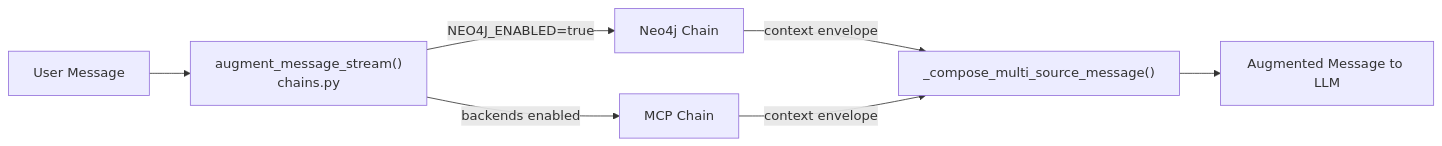
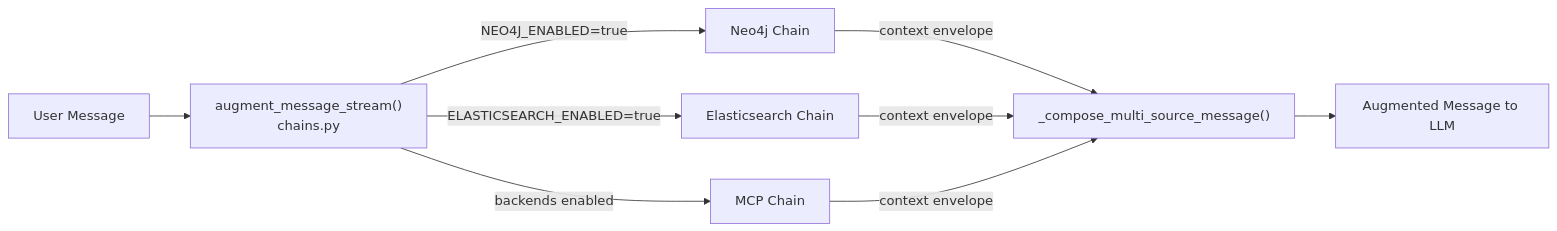
The third of 8 diagrams in docs/design/ai_agent_design_workflow.md (shuvabrata/ai-tech-lead), drawn with Mermaid before and after one commit. The commit also changed other lines of this file and 11 other files, not shown here.

````diff
--- a/docs/design/ai_agent_design_workflow.md
+++ b/docs/design/ai_agent_design_workflow.md
@@ -86,9 +92,11 @@
 ```mermaid
 graph LR
     Input["User Message"] --> Orchestrator["augment_message_stream()<br/>chains.py"]
     Orchestrator -->|"NEO4J_ENABLED=true"| NChain["Neo4j Chain"]
+    Orchestrator -->|"ELASTICSEARCH_ENABLED=true"| ESChain["Elasticsearch Chain"]
     Orchestrator -->|"backends enabled"| MChain["MCP Chain"]
     NChain -->|"context envelope"| Compose["_compose_multi_source_message()"]
+    ESChain -->|"context envelope"| Compose
     MChain -->|"context envelope"| Compose
     Compose --> Output["Augmented Message to LLM"]
 ```
````
